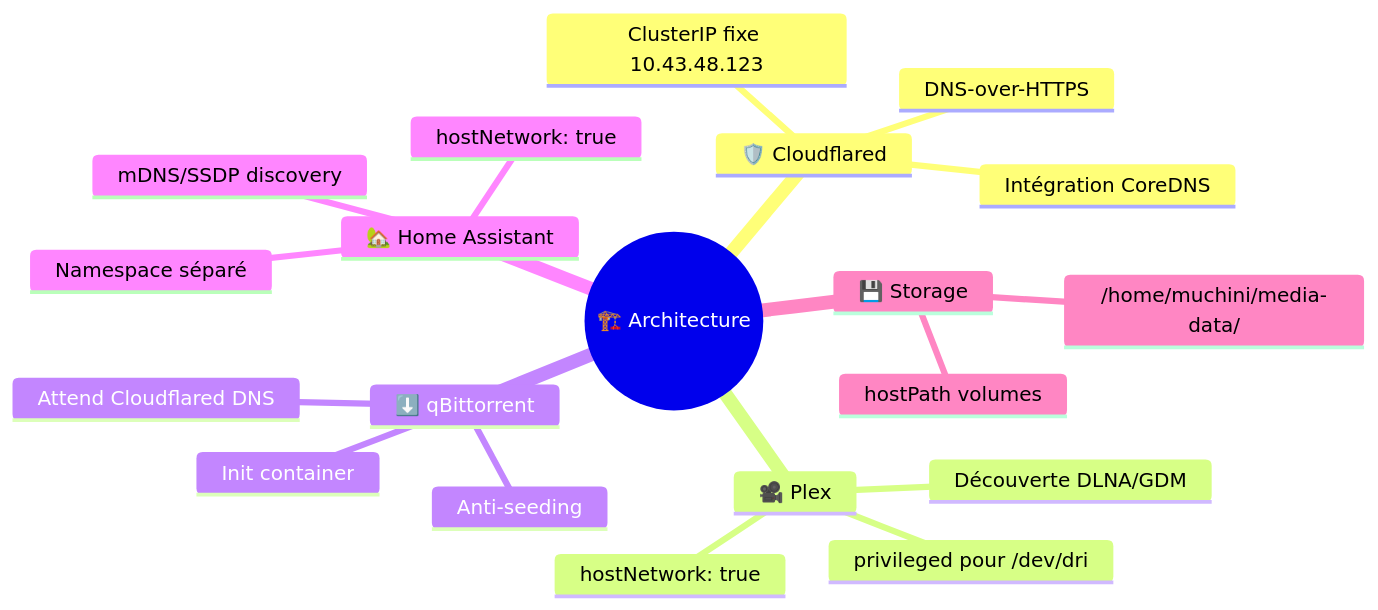
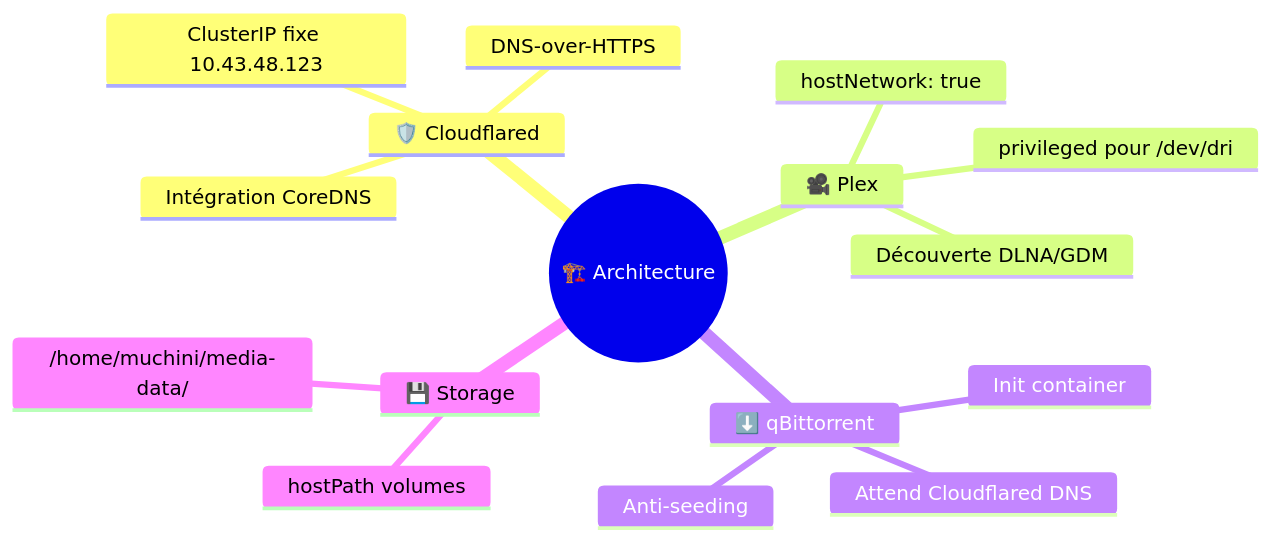
Before and after one commit to muchiny/media-stack-k8s: the second of 6 diagrams in CLAUDE.md, drawn with Mermaid. The commit also changed other lines of this file and 24 other files, not shown here.

````diff
--- a/CLAUDE.md
+++ b/CLAUDE.md
@@ -75,23 +66,19 @@
 ```mermaid
 mindmap
   root((🏗️ Architecture))
     🛡️ Cloudflared
       ClusterIP fixe 10.43.48.123
       Intégration CoreDNS
       DNS-over-HTTPS
     🎥 Plex
       hostNetwork: true
       Découverte DLNA/GDM
       privileged pour /dev/dri
     ⬇️ qBittorrent
       Init container
       Attend Cloudflared DNS
       Anti-seeding
-    🏡 Home Assistant
-      hostNetwork: true
-      mDNS/SSDP discovery
-      Namespace séparé
     💾 Storage
       hostPath volumes
       /home/muchini/media-data/
 ```
````
